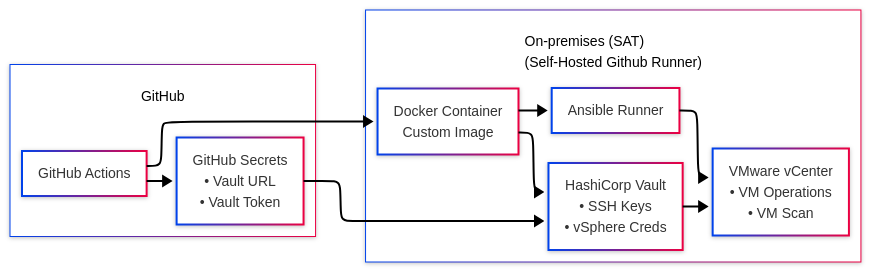
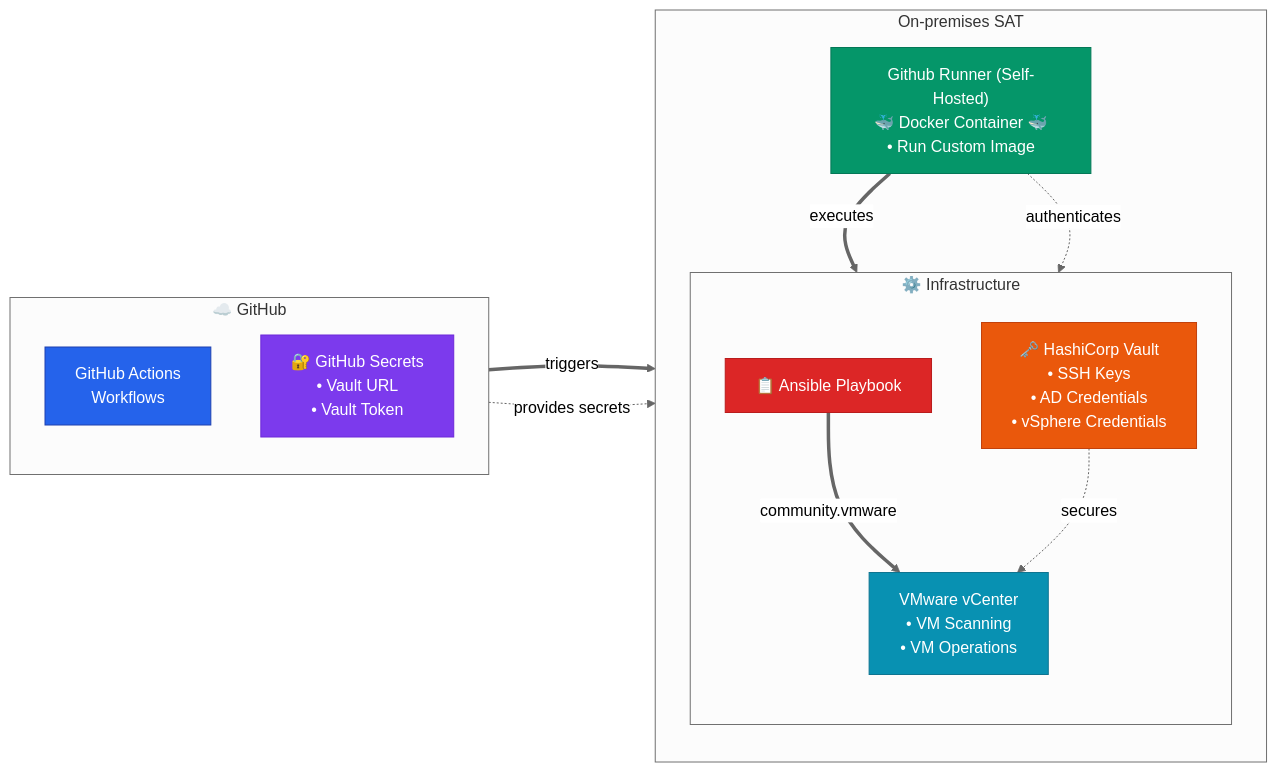
Before and after one commit to MercuryBridge/iac-vsphere: the diagram in docs/introduction.md, drawn with Mermaid.

````diff
--- a/docs/introduction.md
+++ b/docs/introduction.md
@@ -7,24 +7,35 @@
 ```mermaid
 ---
 config:
-  layout: elk
-  look: neo
-  theme: neo
+  theme: neutral
 ---
 flowchart LR
- subgraph Github["<br>GitHub"]
-        GHA["GitHub Actions"]
-        GHS["GitHub Secrets<br>• Vault URL<br>• Vault Token"]
+ subgraph subGraph0["☁️ GitHub"]
+    direction TB
+        GHA["GitHub Actions<br>Workflows"]
+        GHS["🔐 GitHub Secrets<br>• Vault URL<br>• Vault Token"]
   end
- subgraph On-premises["<br>On-premises (SAT)<br>(Self-Hosted Github Runner)"]
-        DC["Docker Container<br>Custom Image"]
-        A["Ansible Runner"]
-        HV["HashiCorp Vault<br>• SSH Keys<br>• vSphere Creds"]
-        VC["VMware vCenter<br>• VM Operations<br>• VM Scan"]
+ subgraph subGraph1["⚙️ Infrastructure"]
+    direction TB
+        A["📋 Ansible Playbook"]
+        HV["🗝️ HashiCorp Vault<br>• SSH Keys<br>• AD Credentials<br>• vSphere Credentials"]
+        VC["VMware vCenter<br>• VM Scanning<br>• VM Operations"]
   end
-    GHA --> GHS & DC
-    DC --> A & HV
-    HV --> VC
-    GHS --> HV
-    A --> VC
+ subgraph subGraph2["On-premises SAT"]
+    direction TB
+        SHR["Github Runner (Self-Hosted)<br>🐳 Docker Container 🐳<br>• Run Custom Image"]
+        subGraph1
+  end
+    GHA == triggers ==> SHR
+    GHS -. provides secrets .-> SHR
+    SHR == executes ==> A
+    SHR -. authenticates .-> HV
+    A == "community.vmware" ==> VC
+    HV -. secures .-> VC
+    style GHA fill:#2563eb,stroke:#1e40af,color:#fff
+    style GHS fill:#7c3aed,stroke:#6d28d9,color:#fff
+    style A fill:#dc2626,stroke:#b91c1c,color:#fff
+    style HV fill:#ea580c,stroke:#c2410c,color:#fff
+    style VC fill:#0891b2,stroke:#0e7490,color:#fff
+    style SHR fill:#059669,stroke:#047857,color:#fff
 ```
````
